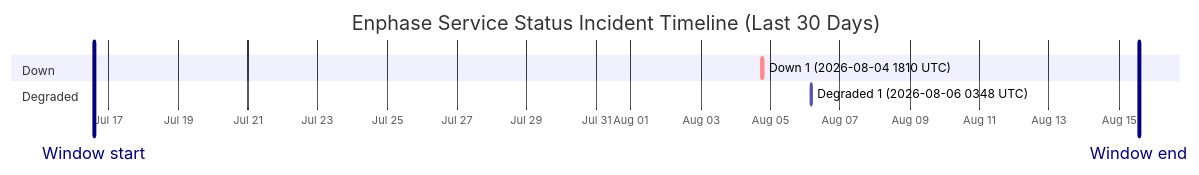
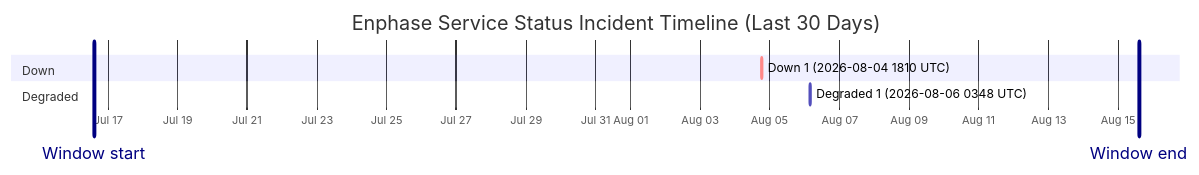
Before and after one commit to barneyonline/ha-enphase-energy: the diagram in wiki/Service-Status-History.md, drawn with Mermaid. The commit also changed other lines of this file and 3 other files, not shown here.

````diff
--- a/wiki/Service-Status-History.md
+++ b/wiki/Service-Status-History.md
@@ -14,12 +14,12 @@
 ```mermaid
 gantt
     title Enphase Service Status Incident Timeline (Last 30 Days)
     dateFormat  YYYY-MM-DDTHH:mm:ss
     axisFormat  %b %d
-    Window start :vert, window-start, 2026-07-16T13:52:59, 0ms
-    Window end :vert, window-end, 2026-08-15T13:52:59, 0ms
+    Window start :vert, window-start, 2026-07-16T14:19:52, 0ms
+    Window end :vert, window-end, 2026-08-15T14:19:52, 0ms
     section Down
     Down 1 (2026-08-04 1810 UTC) :crit, down-1, 2026-08-04T18:10:46, 60m
     section Degraded
     Degraded 1 (2026-08-06 0348 UTC) :active, degraded-1, 2026-08-06T03:48:14, 60m
 ```
````
